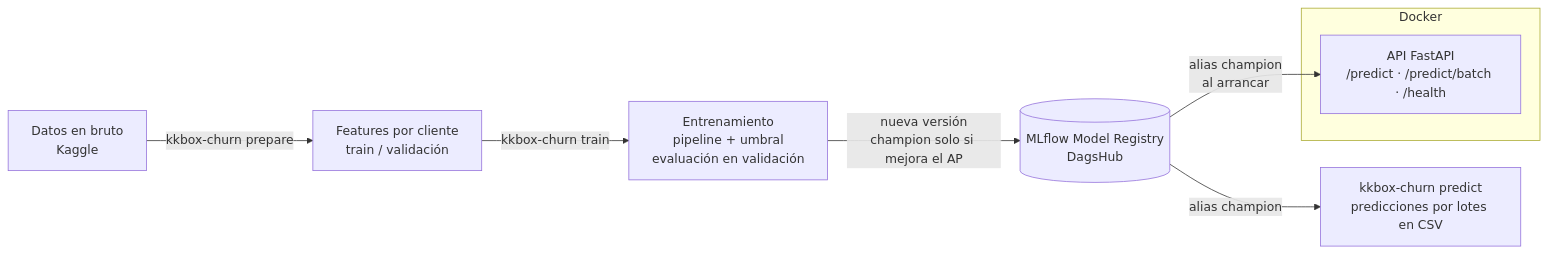
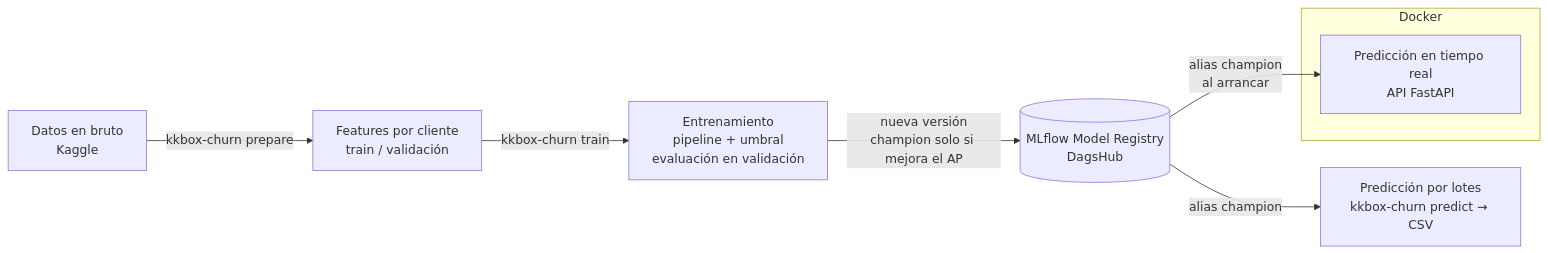
Before and after one commit to gloriadrm/kkbox-churn-prediction: the diagram in README.md, drawn with Mermaid. The commit also changed other lines of this file, not shown here.

Commit message:
Explain batch vs real-time serving in README architecture

````diff
--- a/README.md
+++ b/README.md
@@ -51,13 +51,13 @@
 ```mermaid
 flowchart LR
     A[Datos en bruto<br/>Kaggle] -->|kkbox-churn prepare| B[Features por cliente<br/>train / validación]
     B -->|kkbox-churn train| C[Entrenamiento<br/>pipeline + umbral<br/>evaluación en validación]
     C -->|nueva versión<br/>champion solo si mejora el AP| D[(MLflow Model Registry<br/>DagsHub)]
-    D -->|alias champion| E[kkbox-churn predict<br/>predicciones por lotes en CSV]
+    D -->|alias champion| E[Predicción por lotes<br/>kkbox-churn predict → CSV]
 
     subgraph Docker
-        F[API FastAPI<br/>/predict · /predict/batch · /health]
+        F[Predicción en tiempo real<br/>API FastAPI]
     end
 
     D -->|alias champion<br/>al arrancar| F
 ```
````
